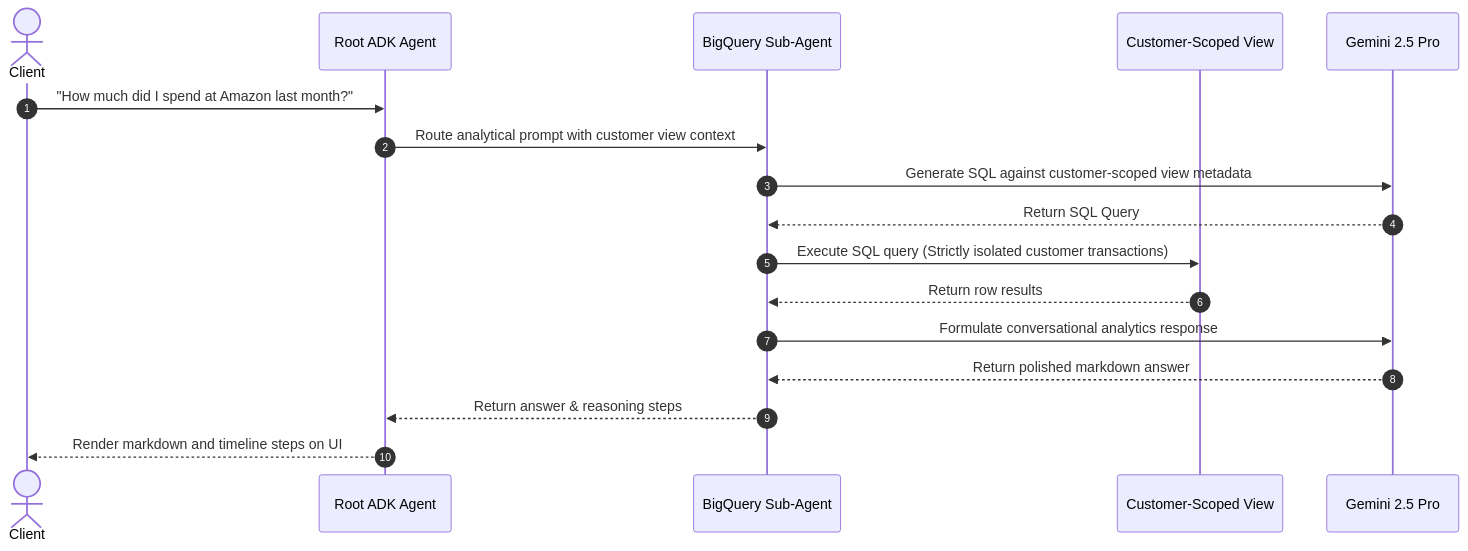
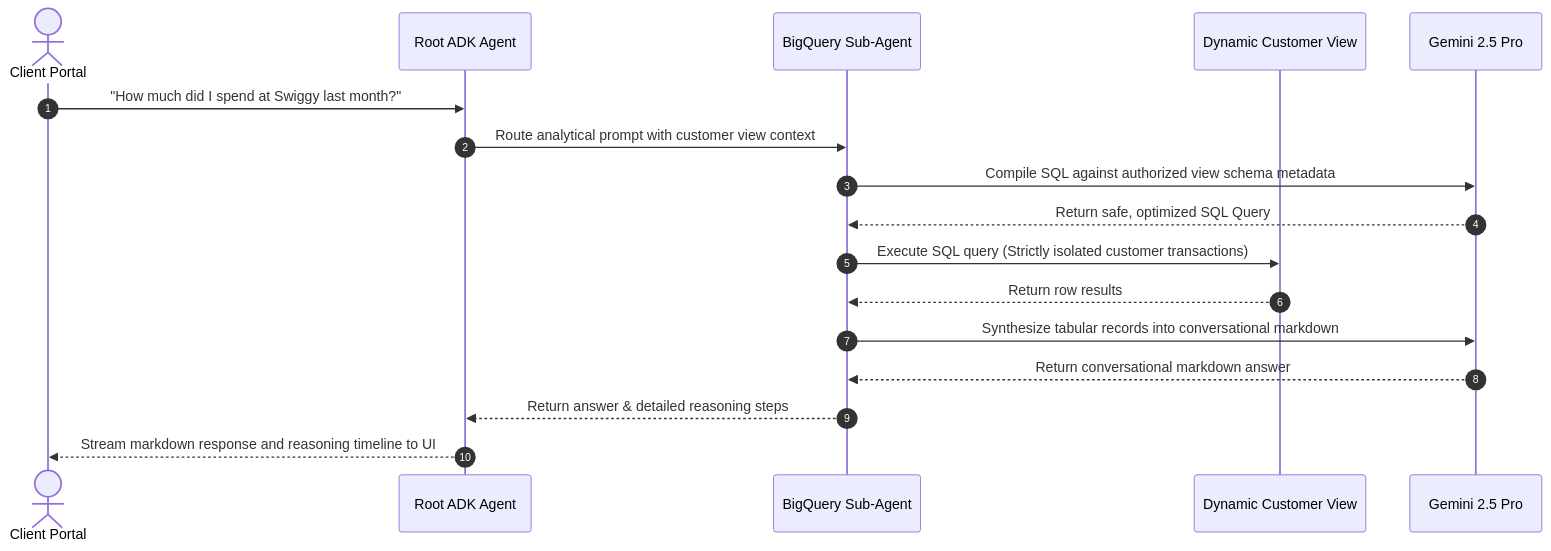
Before and after one commit to souravmighty/banking-agent: the second of 2 diagrams in README.md, drawn with Mermaid. The commit also changed other lines of this file and 8 other files, not shown here.

````diff
--- a/README.md
+++ b/README.md
@@ -121,20 +107,20 @@
 ```mermaid
 sequenceDiagram
     autonumber
-    actor User as Client
+    actor User as Client Portal
     participant ADK as Root ADK Agent
     participant BQA as BigQuery Sub-Agent
-    participant BQ_View as Customer-Scoped View
+    participant BQ_View as Dynamic Customer View
     participant LLM as Gemini 2.5 Pro
 
-    User->>ADK: "How much did I spend at Amazon last month?"
+    User->>ADK: "How much did I spend at Swiggy last month?"
     ADK->>BQA: Route analytical prompt with customer view context
-    BQA->>LLM: Generate SQL against customer-scoped view metadata
-    LLM-->>BQA: Return SQL Query
+    BQA->>LLM: Compile SQL against authorized view schema metadata
+    LLM-->>BQA: Return safe, optimized SQL Query
     BQA->>BQ_View: Execute SQL query (Strictly isolated customer transactions)
     BQ_View-->>BQA: Return row results
-    BQA->>LLM: Formulate conversational analytics response
-    LLM-->>BQA: Return polished markdown answer
-    BQA-->>ADK: Return answer & reasoning steps
-    ADK-->>User: Render markdown and timeline steps on UI
+    BQA->>LLM: Synthesize tabular records into conversational markdown
+    LLM-->>BQA: Return conversational markdown answer
+    BQA-->>ADK: Return answer & detailed reasoning steps
+    ADK-->>User: Stream markdown response and reasoning timeline to UI
 ```
````
